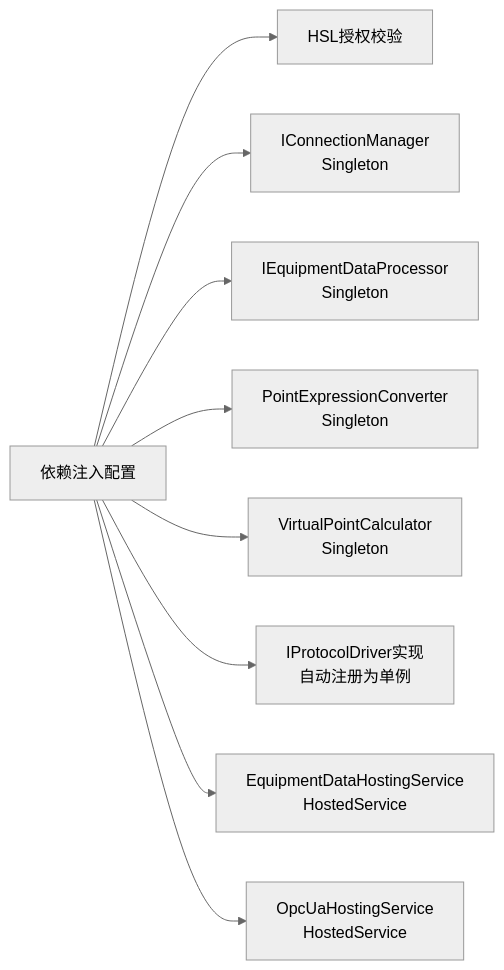
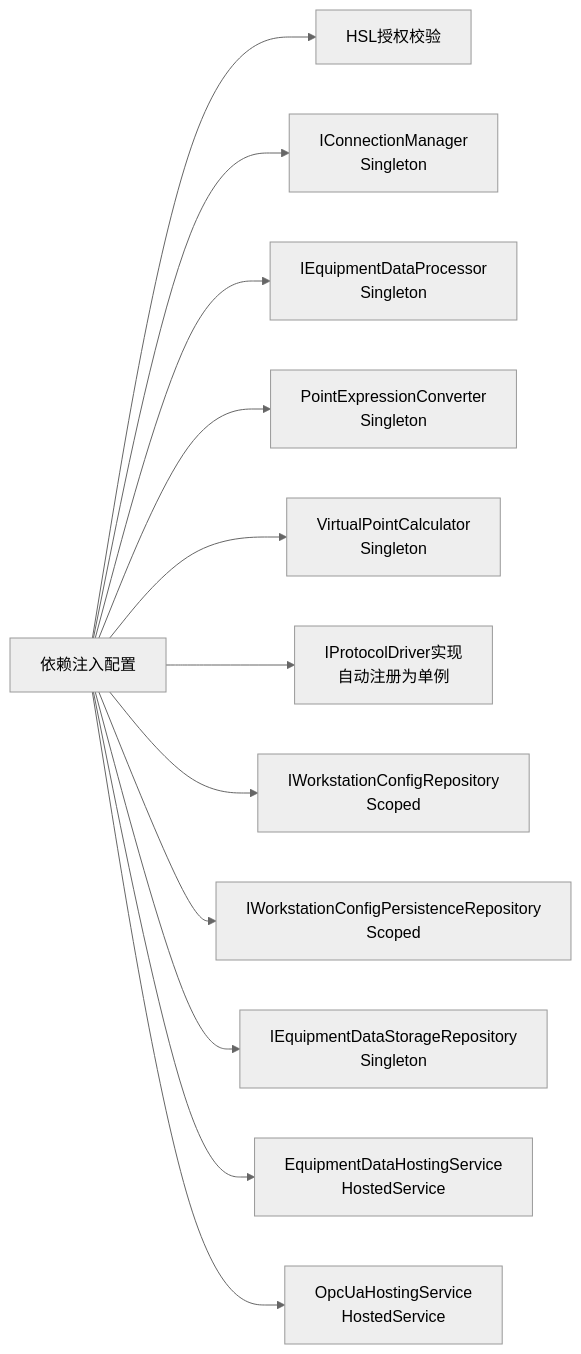
The seventh of 8 diagrams in .qoder/repowiki/zh/content/基础设施层.md (whitemousetl/IndustrialDataSolution), drawn with Mermaid (neutral theme) before and after one commit. The commit also changed other lines of this file and 4 other files, not shown here.

````diff
--- a/.qoder/repowiki/zh/content/基础设施层.md
+++ b/.qoder/repowiki/zh/content/基础设施层.md
@@ -279,11 +289,14 @@
 ```mermaid
 graph LR
 DI["依赖注入配置"] --> HSL["HSL授权校验"]
 DI --> CM["IConnectionManager<br/>Singleton"]
 DI --> EDP["IEquipmentDataProcessor<br/>Singleton"]
 DI --> PEC["PointExpressionConverter<br/>Singleton"]
 DI --> VPC["VirtualPointCalculator<br/>Singleton"]
 DI --> Drivers["IProtocolDriver实现<br/>自动注册为单例"]
+DI --> WCR["IWorkstationConfigRepository<br/>Scoped"]
+DI --> WCPR["IWorkstationConfigPersistenceRepository<br/>Scoped"]
+DI --> EDS["IEquipmentDataStorageRepository<br/>Singleton"]
 DI --> EDHS["EquipmentDataHostingService<br/>HostedService"]
 DI --> OHS["OpcUaHostingService<br/>HostedService"]
 ```
````
